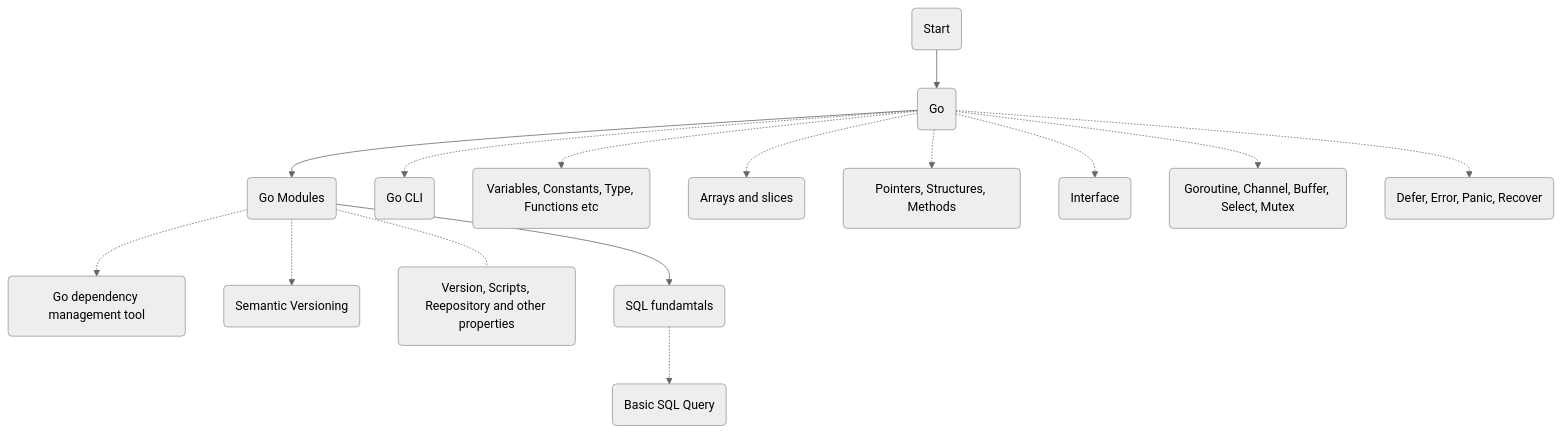
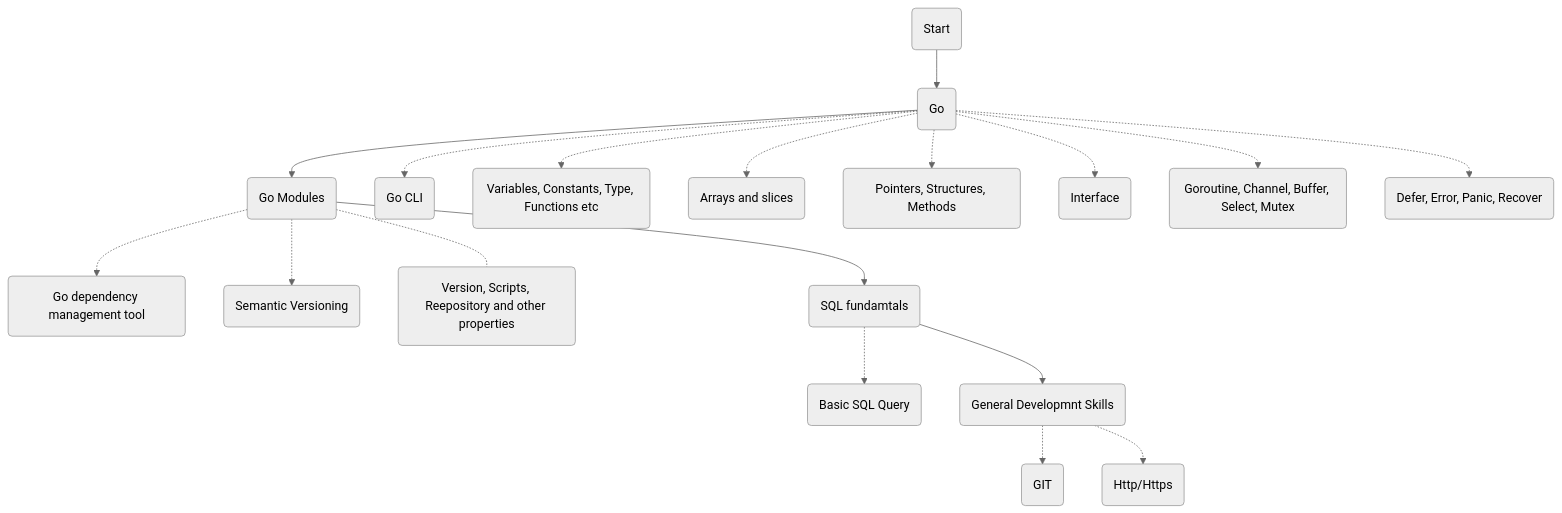
Before and after one commit to AliAkberAakash/golang-roadmap: the diagram in README.md, drawn with Mermaid (neutral theme).

````diff
--- a/README.md
+++ b/README.md
@@ -3,17 +3,20 @@
 ```mermaid
 graph TD;
     start(Start)-->A(Go)
     A-->B(Go Modules)
     A-.->A1(Go CLI)
     A-.->A2(Variables, Constants, Type, Functions etc)
     A-.->A3(Arrays and slices)
     A-.->A4(Pointers, Structures, Methods)
     A-.->A5(Interface)
     A-.->A6(Goroutine, Channel, Buffer, Select, Mutex)
     A-.->A7(Defer, Error, Panic, Recover)
     B-.->B1(Go dependency management tool)
     B-.->B2(Semantic Versioning)
     B-.-B3(Version, Scripts, Reepository and other properties)
     B-->C(SQL fundamtals)
     C-.->C1(Basic SQL Query)
+    C-->D(General Developmnt Skills)
+    D-.->D1(GIT)
+    D-.->D2(Http/Https)
 ```
````
